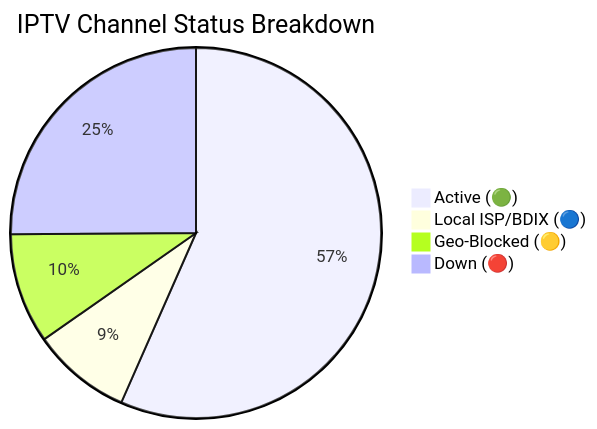
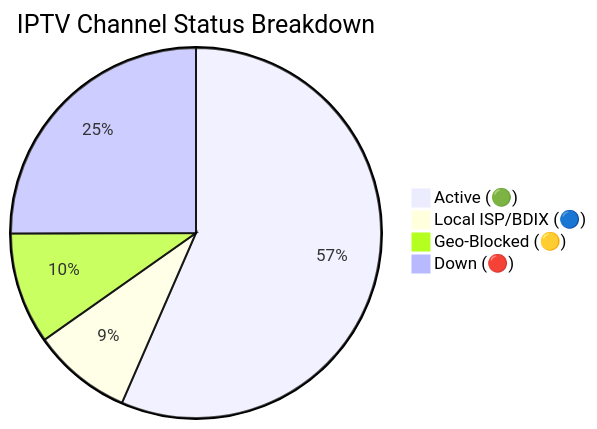
One commit to Zaman-Topu/Ip-tv-Collection changed the diagram in README.md. Above: the diagram before and after it, drawn with Mermaid. The commit also changed other lines of this file and 6 other files, not shown here.

````diff
--- a/README.md
+++ b/README.md
@@ -149,7 +149,7 @@
 ```mermaid
 pie title IPTV Channel Status Breakdown
-    "Active (🟢)" : 10649
-    "Local ISP/BDIX (🔵)" : 1631
-    "Geo-Blocked (🟡)" : 1810
-    "Down (🔴)" : 4722
+    "Active (🟢)" : 10650
+    "Local ISP/BDIX (🔵)" : 1636
+    "Geo-Blocked (🟡)" : 1831
+    "Down (🔴)" : 4718
 ```
````
